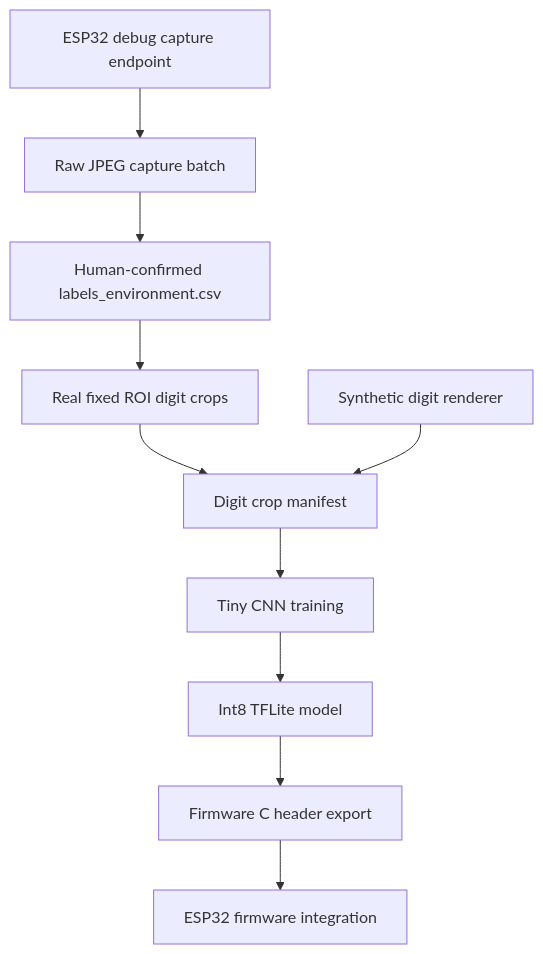
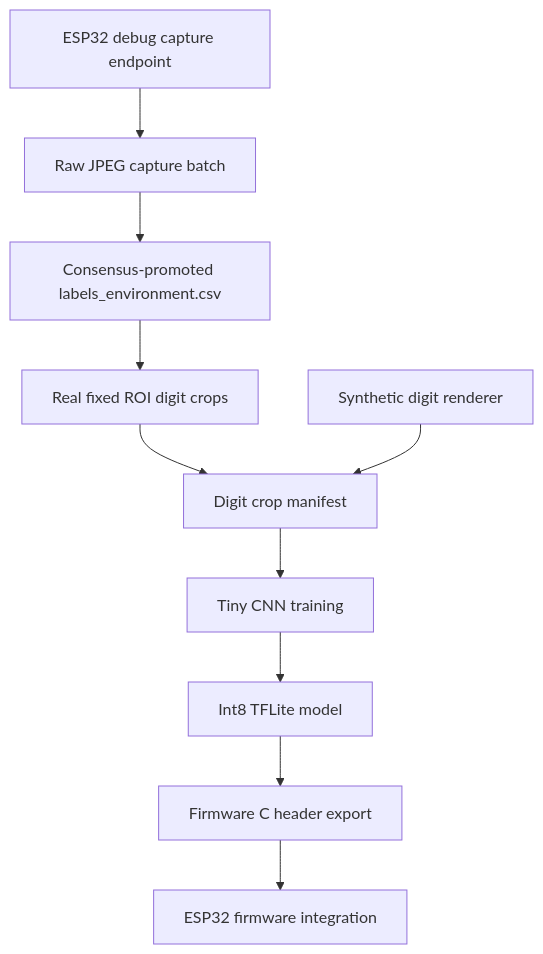
The first of 2 diagrams in tools/model_training/README.md (marcelpetrick/esp32-fever-dream), drawn with Mermaid before and after one commit. The commit also changed other lines of this file and 8 other files, not shown here.

````diff
--- a/tools/model_training/README.md
+++ b/tools/model_training/README.md
@@ -20,12 +22,12 @@
 ```mermaid
 flowchart TD
     A[ESP32 debug capture endpoint] --> B[Raw JPEG capture batch]
-    B --> C[Human-confirmed labels_environment.csv]
+    B --> C[Consensus-promoted labels_environment.csv]
     C --> D[Real fixed ROI digit crops]
     D --> E[Digit crop manifest]
     F[Synthetic digit renderer] --> E
     E --> G[Tiny CNN training]
     G --> H[Int8 TFLite model]
     H --> I[Firmware C header export]
     I --> J[ESP32 firmware integration]
 ```
````
